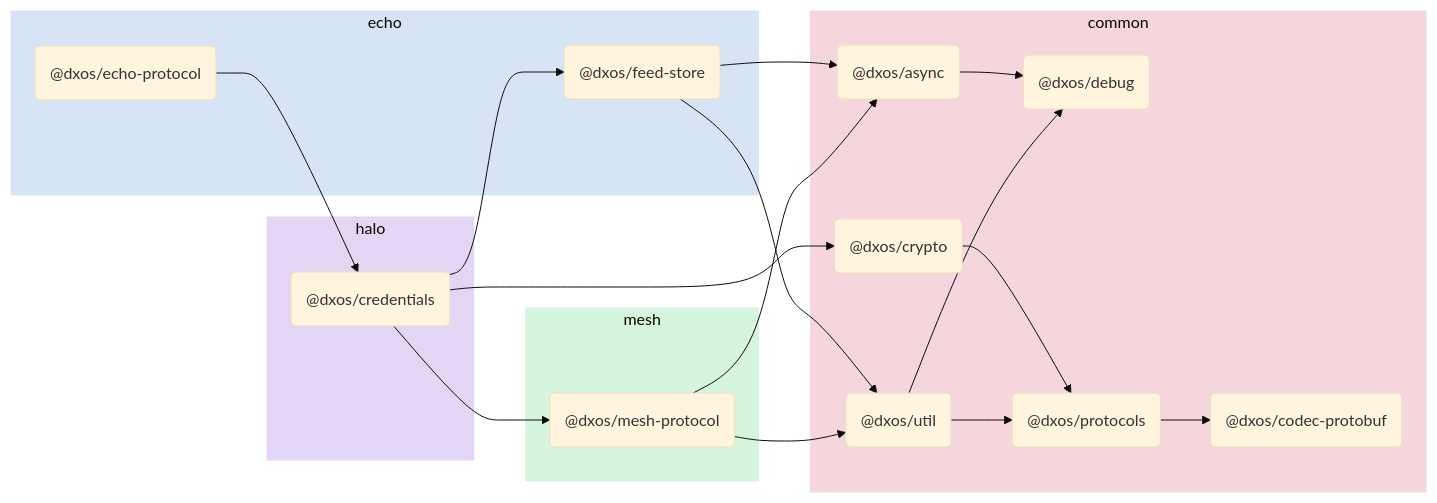
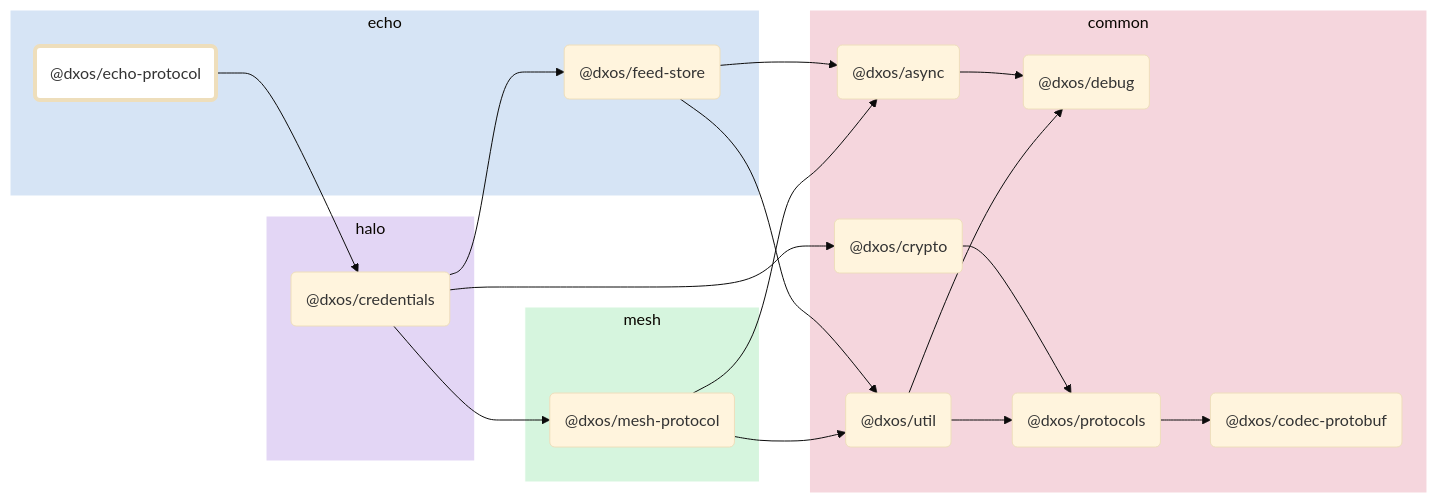
One commit to dxos/dxos changed the diagram in packages/echo/echo-protocol/docs/README.md. Above: the diagram before and after it, drawn with Mermaid (base theme). The commit also changed other lines of this file and 88 other files, not shown here.

````diff
--- a/packages/echo/echo-protocol/docs/README.md
+++ b/packages/echo/echo-protocol/docs/README.md
@@ -5,43 +7,55 @@
 ```mermaid
 flowchart LR;
+
+style dxos/echo-protocol fill:#fff,stroke-width:4px;
+
+click dxos/async "https:/github.com/dxos/dxos/tree/main/packages/common/async/docs";
+click dxos/debug "https:/github.com/dxos/dxos/tree/main/packages/common/debug/docs";
+click dxos/codec-protobuf "https:/github.com/dxos/dxos/tree/main/packages/common/codec-protobuf/docs";
+click dxos/credentials "https:/github.com/dxos/dxos/tree/main/packages/halo/credentials/docs";
+click dxos/crypto "https:/github.com/dxos/dxos/tree/main/packages/common/crypto/docs";
+click dxos/feed-store "https:/github.com/dxos/dxos/tree/main/packages/echo/feed-store/docs";
+click dxos/mesh-protocol "https:/github.com/dxos/dxos/tree/main/packages/mesh/mesh-protocol/docs";
+click dxos/protocols "https:/github.com/dxos/dxos/tree/main/packages/common/protocols/docs";
+click dxos/util "https:/github.com/dxos/dxos/tree/main/packages/common/util/docs";
 
 subgraph echo
   style echo fill:#d6e4f5,stroke:#fff;
   dxos/echo-protocol("@dxos/echo-protocol");
   dxos/feed-store("@dxos/feed-store");
 end
 
 subgraph common
   style common fill:#f5d6dd,stroke:#fff;
   dxos/async("@dxos/async");
   dxos/debug("@dxos/debug");
   dxos/codec-protobuf("@dxos/codec-protobuf");
   dxos/crypto("@dxos/crypto");
   dxos/protocols("@dxos/protocols");
   dxos/util("@dxos/util");
 end
 
 subgraph halo
   style halo fill:#e3d6f5,stroke:#fff;
   dxos/credentials("@dxos/credentials");
 end
 
 subgraph mesh
   style mesh fill:#d6f5de,stroke:#fff;
   dxos/mesh-protocol("@dxos/mesh-protocol");
 end
 
 dxos/async --> dxos/debug;
 dxos/echo-protocol --> dxos/credentials;
 dxos/credentials --> dxos/crypto;
 dxos/crypto --> dxos/protocols;
 dxos/protocols --> dxos/codec-protobuf;
 dxos/credentials --> dxos/feed-store;
 dxos/feed-store --> dxos/async;
 dxos/feed-store --> dxos/util;
 dxos/util --> dxos/debug;
 dxos/util --> dxos/protocols;
 dxos/credentials --> dxos/mesh-protocol;
 dxos/mesh-protocol --> dxos/async;
 dxos/mesh-protocol --> dxos/util;
 ```
````
